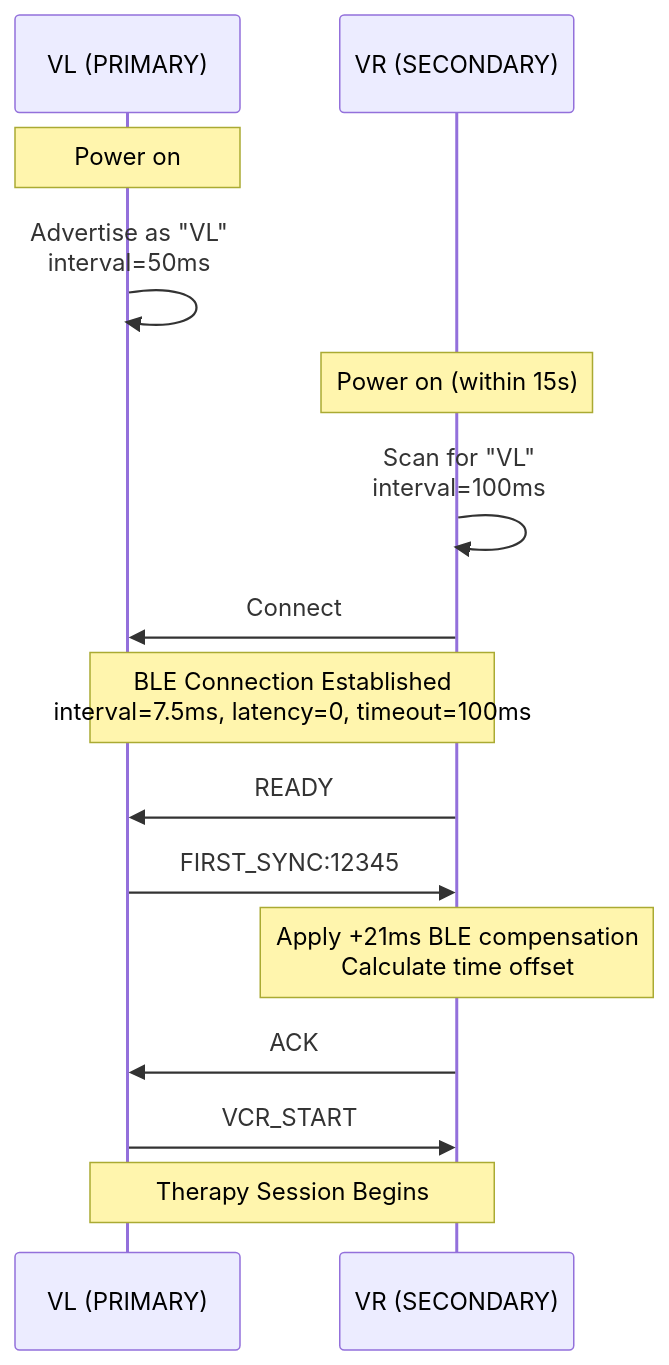
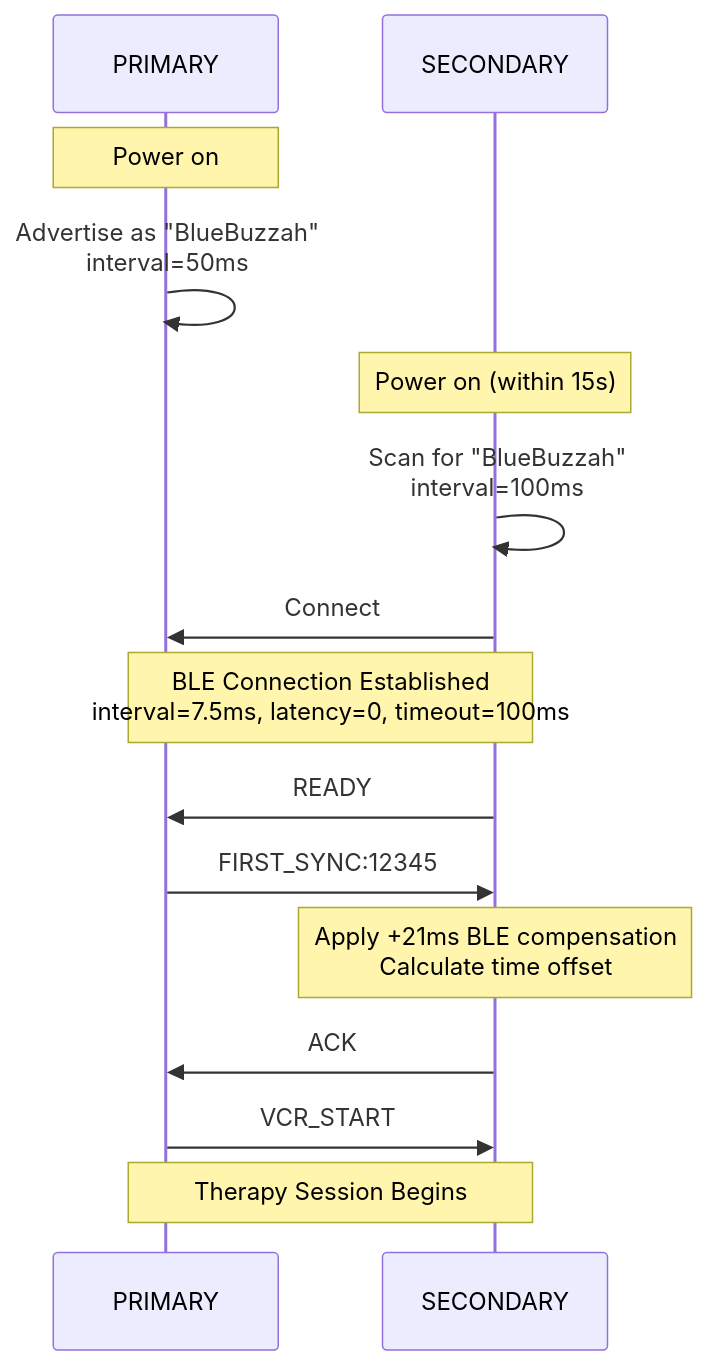
Before and after one commit to BlueBuzzah/BlueBuzzah2-Firmware: the diagram in docs/SYNCHRONIZATION_PROTOCOL.md, drawn with Mermaid. The commit also changed other lines of this file and 11 other files, not shown here.

````diff
--- a/docs/SYNCHRONIZATION_PROTOCOL.md
+++ b/docs/SYNCHRONIZATION_PROTOCOL.md
@@ -269,24 +269,24 @@
 ```mermaid
 sequenceDiagram
-    participant VL as VL (PRIMARY)
-    participant VR as VR (SECONDARY)
+    participant P as PRIMARY
+    participant S as SECONDARY
 
-    Note over VL: Power on
-    VL->>VL: Advertise as "VL"<br/>interval=50ms
+    Note over P: Power on
+    P->>P: Advertise as "BlueBuzzah"<br/>interval=50ms
 
-    Note over VR: Power on (within 15s)
-    VR->>VR: Scan for "VL"<br/>interval=100ms
+    Note over S: Power on (within 15s)
+    S->>S: Scan for "BlueBuzzah"<br/>interval=100ms
 
-    VR->>VL: Connect
-    Note over VL,VR: BLE Connection Established<br/>interval=7.5ms, latency=0, timeout=100ms
+    S->>P: Connect
+    Note over P,S: BLE Connection Established<br/>interval=7.5ms, latency=0, timeout=100ms
 
-    VR->>VL: READY
+    S->>P: READY
 
-    VL->>VR: FIRST_SYNC:12345
-    Note over VR: Apply +21ms BLE compensation<br/>Calculate time offset
+    P->>S: FIRST_SYNC:12345
+    Note over S: Apply +21ms BLE compensation<br/>Calculate time offset
 
-    VR->>VL: ACK
+    S->>P: ACK
 
-    VL->>VR: VCR_START
-    Note over VL,VR: Therapy Session Begins
+    P->>S: VCR_START
+    Note over P,S: Therapy Session Begins
 ```
````
